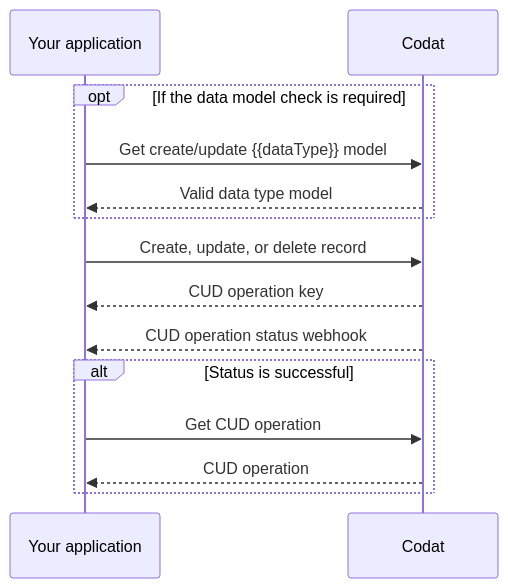
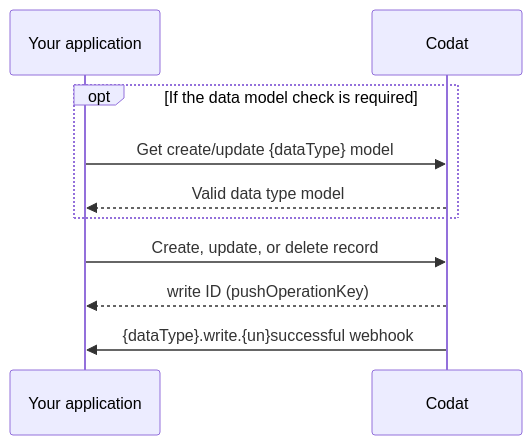
Before and after one commit to codatio/codat-docs: the first of 2 diagrams in docs/using-the-api/push.md, drawn with Mermaid. The commit also changed other lines of this file and 2 other files, not shown here.

Commit message:
Initial updates to write

````diff
--- a/docs/using-the-api/push.md
+++ b/docs/using-the-api/push.md
@@ -25,20 +62,15 @@
 ```mermaid
 sequenceDiagram
     participant app as Your application 
     participant codat as Codat
     
   opt If the data model check is required
-    app ->> codat: Get create/update {{dataType}} model
+    app ->> codat: Get create/update {dataType} model
     codat -->> app: Valid data type model
   end
 
     app ->> codat: Create, update, or delete record
-    codat -->> app: CUD operation key
+    codat -->> app: write ID (pushOperationKey)
 
-    codat -->> app: CUD operation status webhook
-
-    alt Status is successful
-        app ->> codat: Get CUD operation
-        codat -->> app: CUD operation
-    end
-``` 
+    codat ->> app: {dataType}.write.{un}successful webhook
+```
````
